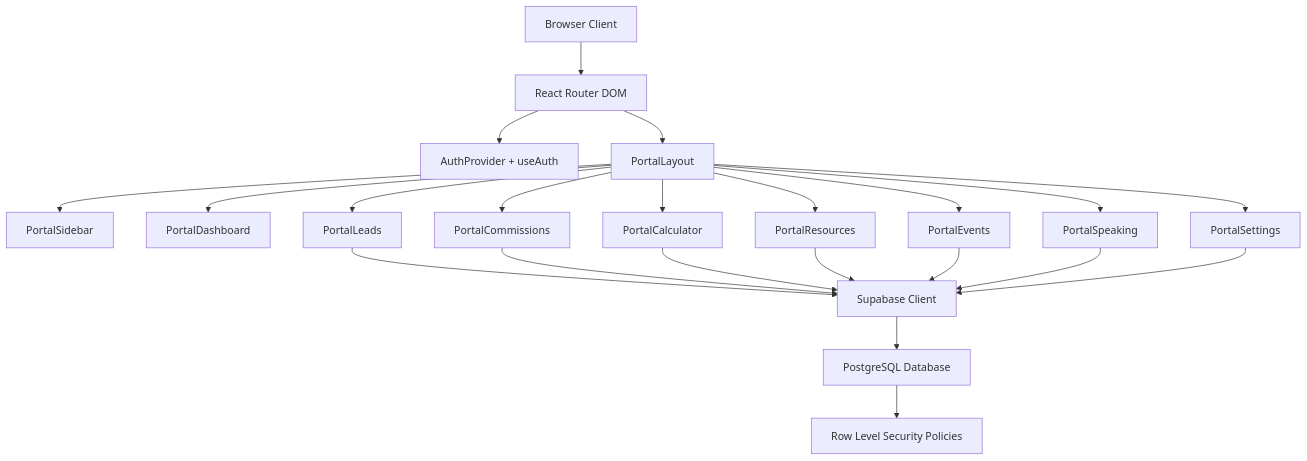
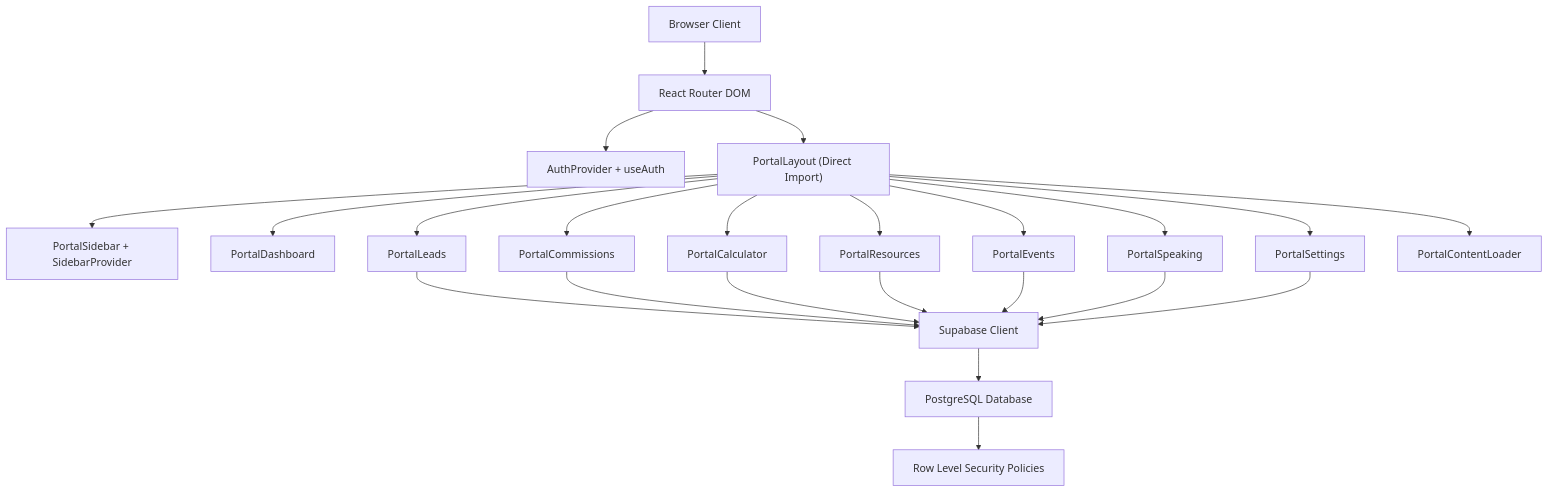
Before and after one commit to Hawky1/ryland: the second of 6 diagrams in .qoder/repowiki/en/content/Partner Portal System.md, drawn with Mermaid. The commit also changed other lines of this file and 5 other files, not shown here.

````diff
--- a/.qoder/repowiki/en/content/Partner Portal System.md
+++ b/.qoder/repowiki/en/content/Partner Portal System.md
@@ -156,40 +181,42 @@
 ```mermaid
 graph TB
 CLIENT["Browser Client"]
 ROUTER["React Router DOM"]
 AUTH["AuthProvider + useAuth"]
-LAYOUT["PortalLayout"]
-NAV["PortalSidebar"]
+LAYOUT["PortalLayout (Direct Import)"]
+NAV["PortalSidebar + SidebarProvider"]
 VIEW_DASH["PortalDashboard"]
 VIEW_LEADS["PortalLeads"]
 VIEW_COMMS["PortalCommissions"]
 VIEW_CALC["PortalCalculator"]
 VIEW_RES["PortalResources"]
 VIEW_EVT["PortalEvents"]
 VIEW_SPEAK["PortalSpeaking"]
 VIEW_SET["PortalSettings"]
+CONTENT_LOADER["PortalContentLoader"]
 SUPA["Supabase Client"]
 DB["PostgreSQL Database"]
 RLS["Row Level Security Policies"]
 CLIENT --> ROUTER
 ROUTER --> AUTH
 ROUTER --> LAYOUT
 LAYOUT --> NAV
+LAYOUT --> CONTENT_LOADER
 LAYOUT --> VIEW_DASH
 LAYOUT --> VIEW_LEADS
 LAYOUT --> VIEW_COMMS
 LAYOUT --> VIEW_CALC
 LAYOUT --> VIEW_RES
 LAYOUT --> VIEW_EVT
 LAYOUT --> VIEW_SPEAK
 LAYOUT --> VIEW_SET
 VIEW_LEADS --> SUPA
 VIEW_COMMS --> SUPA
 VIEW_CALC --> SUPA
 VIEW_RES --> SUPA
 VIEW_EVT --> SUPA
 VIEW_SPEAK --> SUPA
 VIEW_SET --> SUPA
 SUPA --> DB
 DB --> RLS
 ```
````
